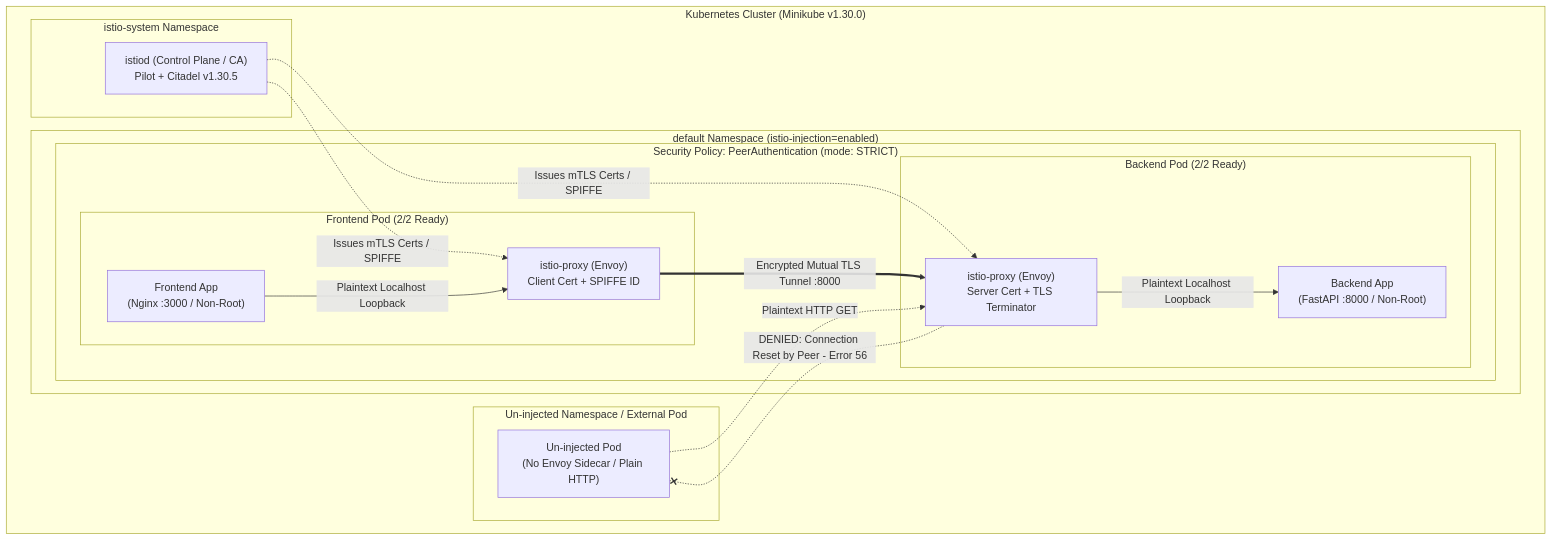
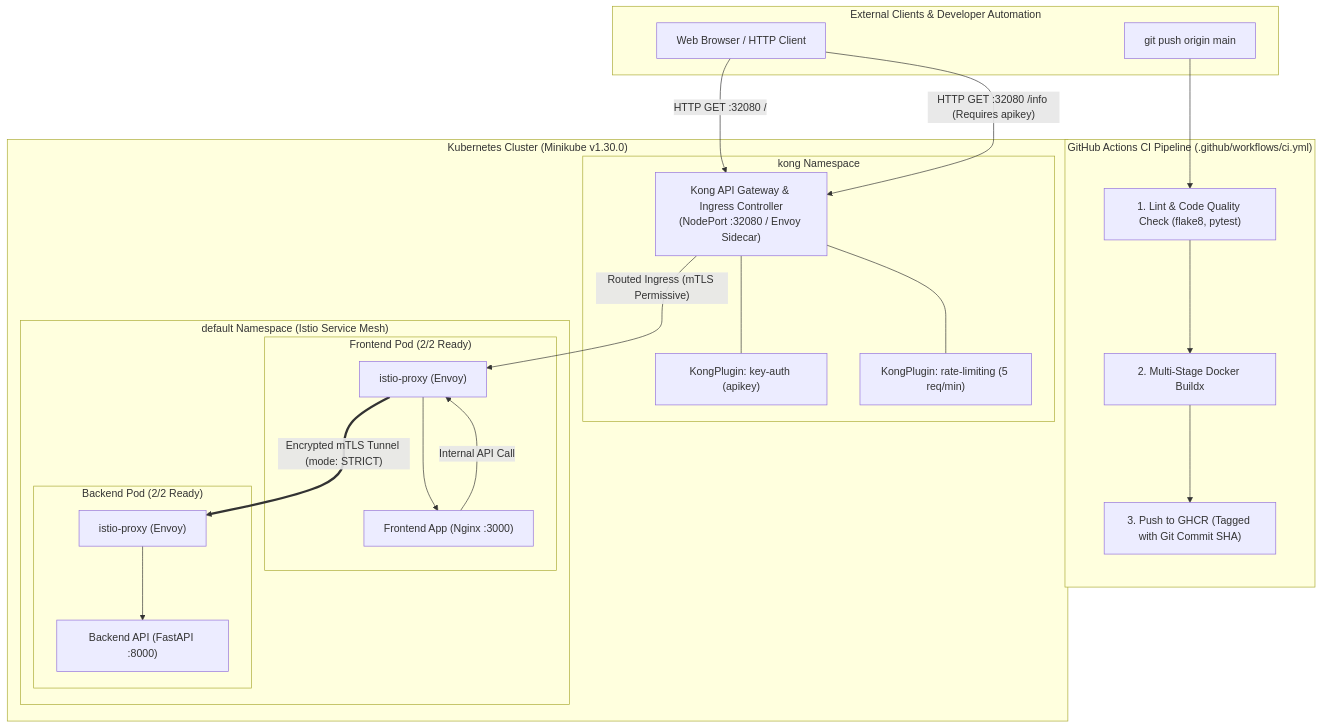
Before and after one commit to blosny/parallax-devops-platform: the diagram in README.md, drawn with Mermaid. The commit also changed other lines of this file and 5 other files, not shown here.

Commit message:
feat(week-3): implement kong api gateway, rate limiting, api key auth and github actions ci pipeline

````diff
--- a/README.md
+++ b/README.md
@@ -42,36 +43,46 @@
 ```mermaid
 graph TB
+    subgraph External["External Clients & Developer Automation"]
+        Client["Web Browser / HTTP Client"]
+        GitPush["git push origin main"]
+    end
+
+    subgraph CI["GitHub Actions CI Pipeline (.github/workflows/ci.yml)"]
+        LintTest["1. Lint & Code Quality Check (flake8, pytest)"]
+        DockerBuild["2. Multi-Stage Docker Buildx"]
+        GHCR["3. Push to GHCR (Tagged with Git Commit SHA)"]
+        GitPush --> LintTest --> DockerBuild --> GHCR
+    end
+
     subgraph K8s["Kubernetes Cluster (Minikube v1.30.0)"]
-        subgraph IstioSystem["istio-system Namespace"]
-            Istiod["istiod (Control Plane / CA)<br/>Pilot + Citadel v1.30.5"]
+        subgraph KongNS["kong Namespace"]
+            KongProxy["Kong API Gateway & Ingress Controller<br/>(NodePort :32080 / Envoy Sidecar)"]
+            PluginAuth["KongPlugin: key-auth (apikey)"]
+            PluginRate["KongPlugin: rate-limiting (5 req/min)"]
+            KongProxy --- PluginAuth
+            KongProxy --- PluginRate
         end
 
-        subgraph DefaultNS["default Namespace (istio-injection=enabled)"]
-            subgraph PeerAuth["Security Policy: PeerAuthentication (mode: STRICT)"]
-                subgraph FEPod["Frontend Pod (2/2 Ready)"]
-                    FE_App["Frontend App<br/>(Nginx :3000 / Non-Root)"]
-                    FE_Proxy["istio-proxy (Envoy)<br/>Client Cert + SPIFFE ID"]
-                end
+        subgraph DefaultNS["default Namespace (Istio Service Mesh)"]
+            subgraph FEPod["Frontend Pod (2/2 Ready)"]
+                FE_App["Frontend App (Nginx :3000)"]
+                FE_Proxy["istio-proxy (Envoy)"]
+            end
 
-                subgraph BEPod["Backend Pod (2/2 Ready)"]
-                    BE_App["Backend App<br/>(FastAPI :8000 / Non-Root)"]
-                    BE_Proxy["istio-proxy (Envoy)<br/>Server Cert + TLS Terminator"]
-                end
+            subgraph BEPod["Backend Pod (2/2 Ready)"]
+                BE_App["Backend API (FastAPI :8000)"]
+                BE_Proxy["istio-proxy (Envoy)"]
             end
-        end
-
-        subgraph ExternalNS["Un-injected Namespace / External Pod"]
-            UnauthenticatedClient["Un-injected Pod<br/>(No Envoy Sidecar / Plain HTTP)"]
         end
     end
 
-    Istiod -.->|Issues mTLS Certs / SPIFFE| FE_Proxy
-    Istiod -.->|Issues mTLS Certs / SPIFFE| BE_Proxy
+    Client -->|"HTTP GET :32080 /"| KongProxy
+    Client -->|"HTTP GET :32080 /info (Requires apikey)"| KongProxy
 
-    FE_App -->|Plaintext Localhost Loopback| FE_Proxy
-    FE_Proxy ==>|Encrypted Mutual TLS Tunnel :8000| BE_Proxy
-    BE_Proxy -->|Plaintext Localhost Loopback| BE_App
+    KongProxy -->|"Routed Ingress (mTLS Permissive)"| FE_Proxy
+    FE_Proxy --> FE_App
 
-    UnauthenticatedClient -.->|Plaintext HTTP GET| BE_Proxy
-    BE_Proxy -.-x|"DENIED: Connection Reset by Peer - Error 56"| UnauthenticatedClient
+    FE_App -->|"Internal API Call"| FE_Proxy
+    FE_Proxy ==>|"Encrypted mTLS Tunnel (mode: STRICT)"| BE_Proxy
+    BE_Proxy --> BE_App
 ```
````
